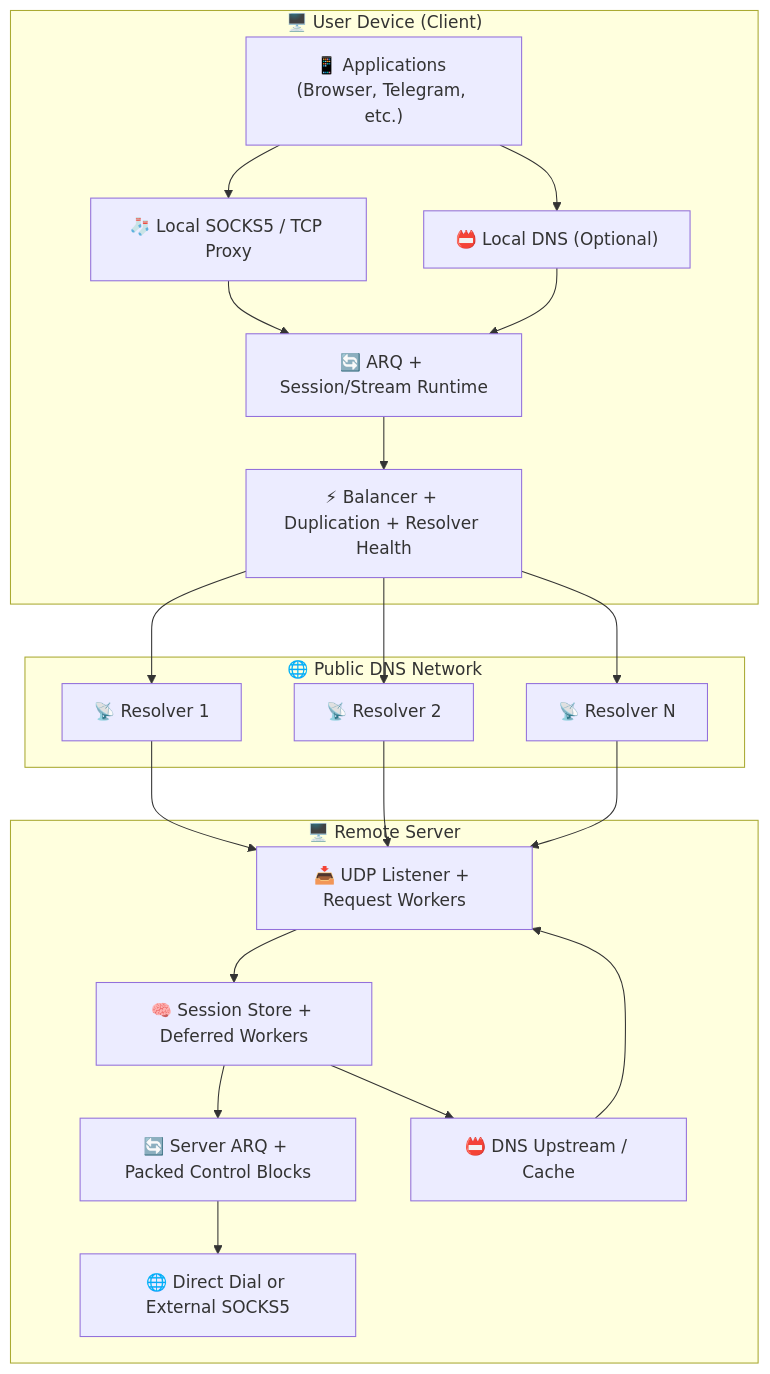
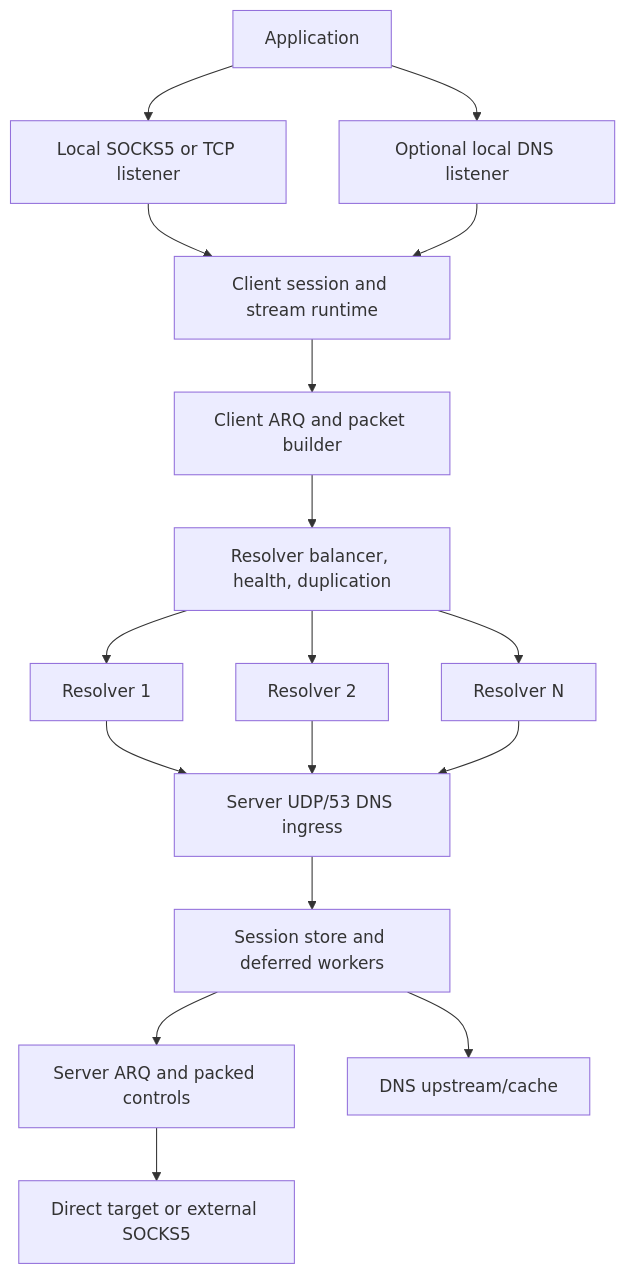
One commit to rasoultaji/StormDNS changed the first of 2 diagrams in README.MD. Above: the diagram before and after it, drawn with Mermaid. The commit also changed other lines of this file and 10 other files, not shown here.

First line of the commit message:
feat: add local HTTP API for runtime monitoring and control

````diff
--- a/README.MD
+++ b/README.MD
@@ -892,41 +498,19 @@
 ```mermaid
 graph TD
-    subgraph Client_Side ["🖥️ User Device (Client)"]
-        App["📱 Applications (Browser, Telegram, etc.)"]
-        Proxy["🧦 Local SOCKS5 / TCP Proxy"]
-        LDNS["📛 Local DNS (Optional)"]
-        ResolverRuntime["⚡ Balancer + Duplication + Resolver Health"]
-        ClientARQ["🔄 ARQ + Session/Stream Runtime"]
-    end
-
-    subgraph DNS_Network ["🌐 Public DNS Network"]
-        R1["📡 Resolver 1"]
-        R2["📡 Resolver 2"]
-        RN["📡 Resolver N"]
-    end
-
-    subgraph Server_Side ["🖥️ Remote Server"]
-        UDP["📥 UDP Listener + Request Workers"]
-        Sessions["🧠 Session Store + Deferred Workers"]
-        ServerARQ["🔄 Server ARQ + Packed Control Blocks"]
-        DNSUp["📛 DNS Upstream / Cache"]
-        Out["🌐 Direct Dial or External SOCKS5"]
-    end
-
-    App --> Proxy
-    App --> LDNS
-    Proxy --> ClientARQ
-    LDNS --> ClientARQ
-    ClientARQ --> ResolverRuntime
-    ResolverRuntime --> R1
-    ResolverRuntime --> R2
-    ResolverRuntime --> RN
-    R1 --> UDP
-    R2 --> UDP
-    RN --> UDP
-    UDP --> Sessions
-    Sessions --> ServerARQ
-    Sessions --> DNSUp
-    ServerARQ --> Out
-    DNSUp --> UDP
+    App[Application] --> Proxy[Local SOCKS5 or TCP listener]
+    App --> LocalDNS[Optional local DNS listener]
+    Proxy --> ClientRuntime[Client session and stream runtime]
+    LocalDNS --> ClientRuntime
+    ClientRuntime --> ARQClient[Client ARQ and packet builder]
+    ARQClient --> Balancer[Resolver balancer, health, duplication]
+    Balancer --> R1[Resolver 1]
+    Balancer --> R2[Resolver 2]
+    Balancer --> RN[Resolver N]
+    R1 --> ServerUDP[Server UDP/53 DNS ingress]
+    R2 --> ServerUDP
+    RN --> ServerUDP
+    ServerUDP --> Sessions[Session store and deferred workers]
+    Sessions --> ARQServer[Server ARQ and packed controls]
+    Sessions --> DNSUpstream[DNS upstream/cache]
+    ARQServer --> Egress[Direct target or external SOCKS5]
 ```
````
